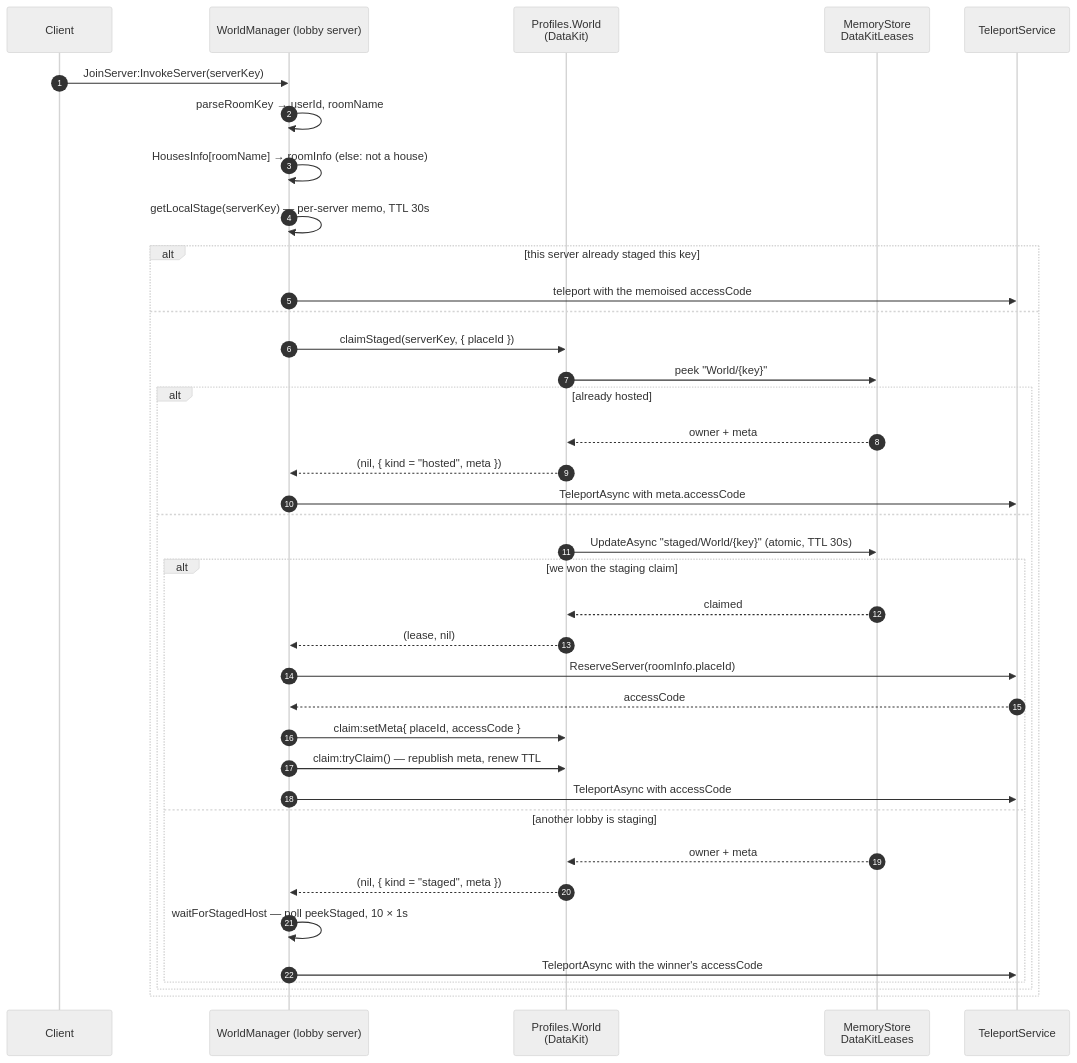
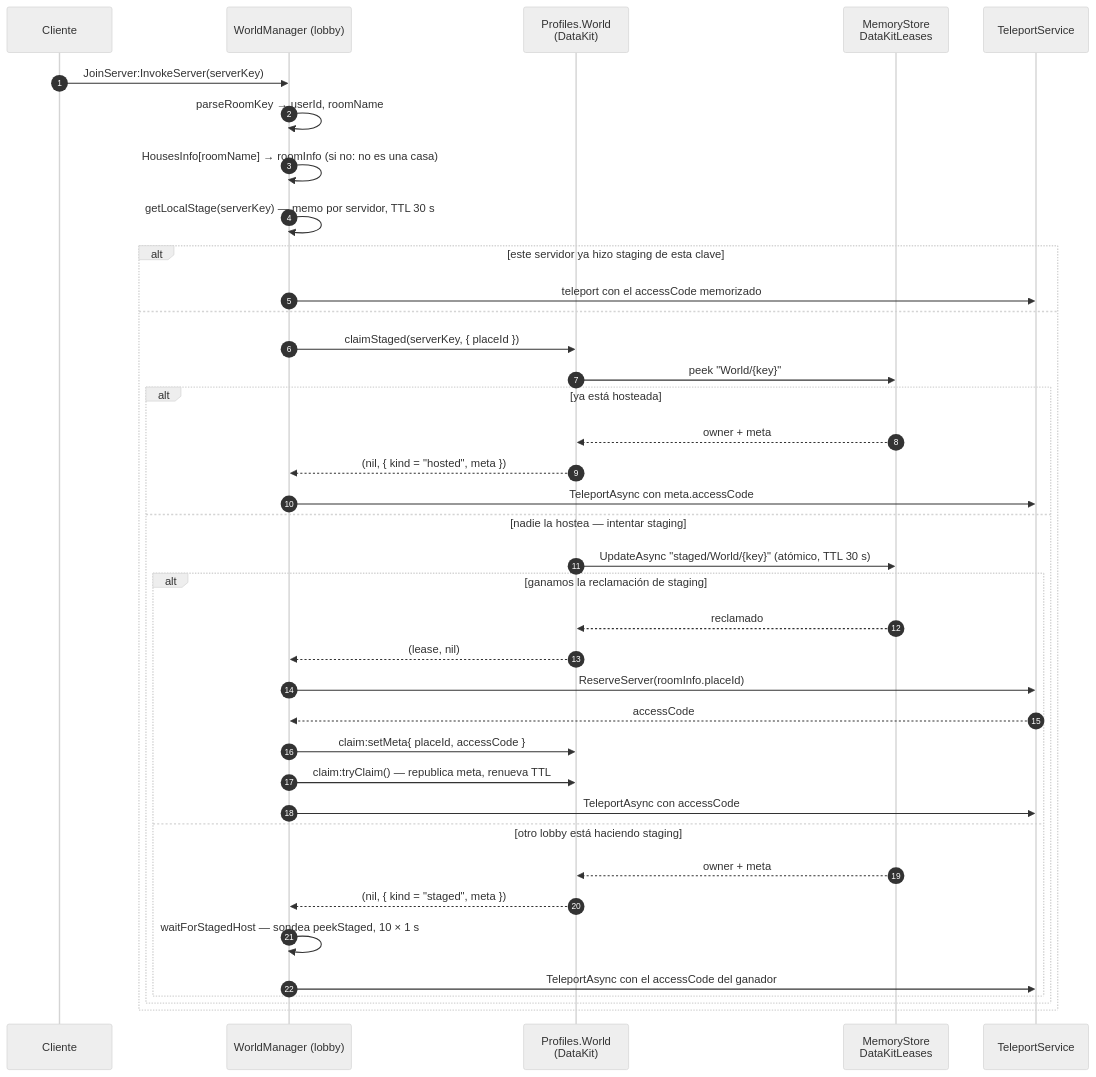
Before and after one commit to Arclyne/voz-hispana: the first of 2 diagrams in docs/architecture/reserved-servers.md, drawn with Mermaid (neutral theme). The commit also changed other lines of this file and 8 other files, not shown here.

````diff
--- a/docs/architecture/reserved-servers.md
+++ b/docs/architecture/reserved-servers.md
@@ -63,42 +63,42 @@
 ```mermaid
 sequenceDiagram
     autonumber
-    participant C as Client
-    participant WM as WorldManager (lobby server)
+    participant C as Cliente
+    participant WM as WorldManager (lobby)
     participant P as Profiles.World<br/>(DataKit)
     participant ML as MemoryStore<br/>DataKitLeases
     participant TS as TeleportService
 
     C->>WM: JoinServer:InvokeServer(serverKey)
     WM->>WM: parseRoomKey → userId, roomName
-    WM->>WM: HousesInfo[roomName] → roomInfo (else: not a house)
+    WM->>WM: HousesInfo[roomName] → roomInfo (si no: no es una casa)
 
-    WM->>WM: getLocalStage(serverKey)  — per-server memo, TTL 30s
-    alt this server already staged this key
-        WM->>TS: teleport with the memoised accessCode
+    WM->>WM: getLocalStage(serverKey) — memo por servidor, TTL 30 s
+    alt este servidor ya hizo staging de esta clave
+        WM->>TS: teleport con el accessCode memorizado
     else
         WM->>P: claimStaged(serverKey, { placeId })
         P->>ML: peek "World/{key}"
-        alt already hosted
+        alt ya está hosteada
             ML-->>P: owner + meta
             P-->>WM: (nil, { kind = "hosted", meta })
-            WM->>TS: TeleportAsync with meta.accessCode
-        else
-            P->>ML: UpdateAsync "staged/World/{key}" (atomic, TTL 30s)
-            alt we won the staging claim
-                ML-->>P: claimed
+            WM->>TS: TeleportAsync con meta.accessCode
+        else nadie la hostea — intentar staging
+            P->>ML: UpdateAsync "staged/World/{key}" (atómico, TTL 30 s)
+            alt ganamos la reclamación de staging
+                ML-->>P: reclamado
                 P-->>WM: (lease, nil)
                 WM->>TS: ReserveServer(roomInfo.placeId)
                 TS-->>WM: accessCode
                 WM->>P: claim:setMeta{ placeId, accessCode }
-                WM->>P: claim:tryClaim()   — republish meta, renew TTL
-                WM->>TS: TeleportAsync with accessCode
-            else another lobby is staging
+                WM->>P: claim:tryClaim() — republica meta, renueva TTL
+                WM->>TS: TeleportAsync con accessCode
+            else otro lobby está haciendo staging
                 ML-->>P: owner + meta
                 P-->>WM: (nil, { kind = "staged", meta })
-                WM->>WM: waitForStagedHost — poll peekStaged, 10 × 1s
-                WM->>TS: TeleportAsync with the winner's accessCode
+                WM->>WM: waitForStagedHost — sondea peekStaged, 10 × 1 s
+                WM->>TS: TeleportAsync con el accessCode del ganador
             end
         end
     end
 ```
````
